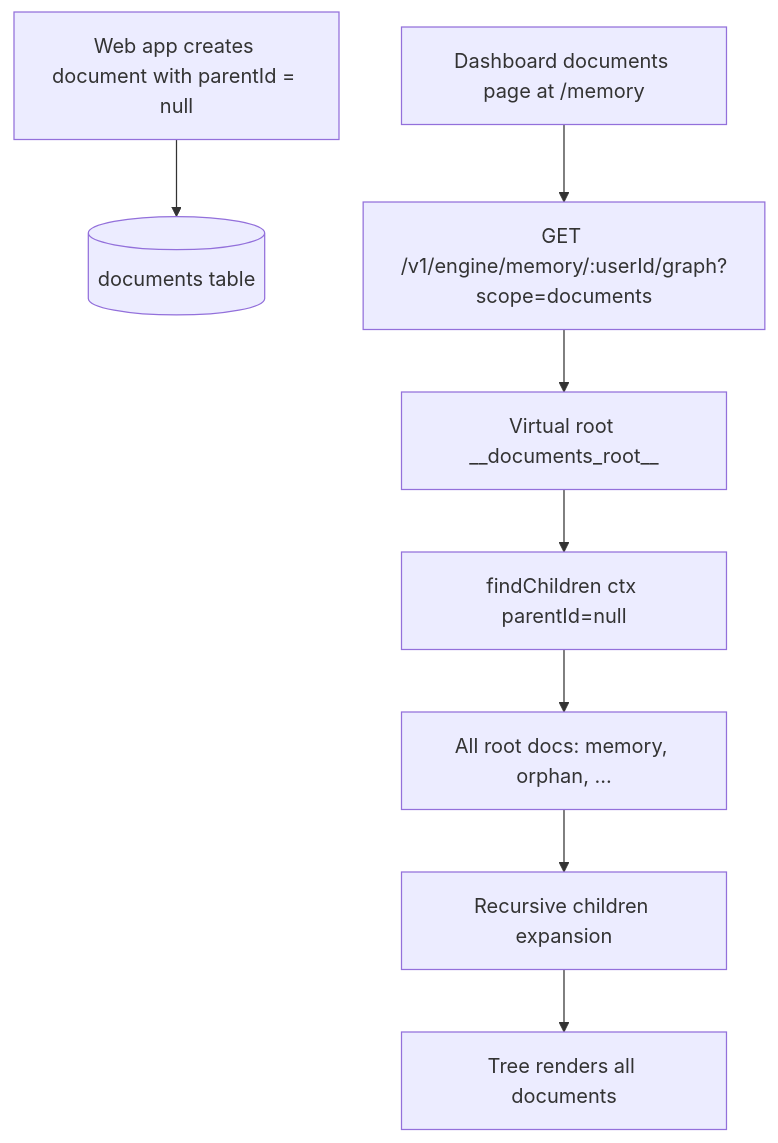
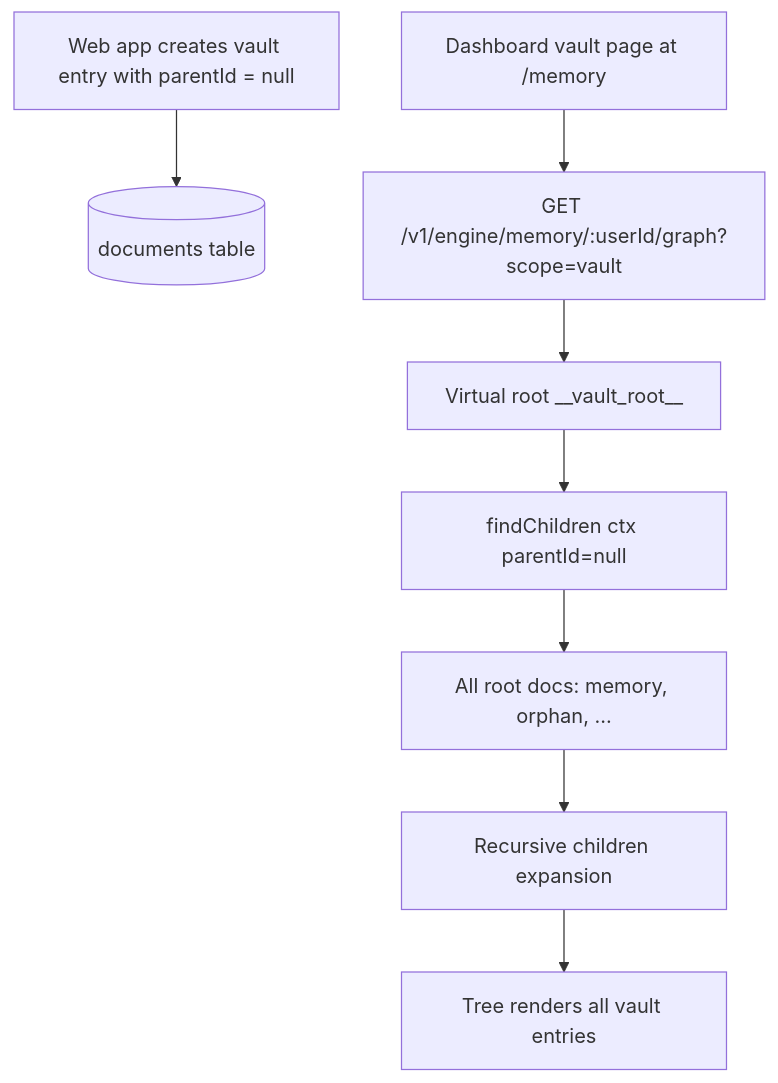
One commit to ex3ndr/daycare changed the diagram in doc/20260301-dashboard-documents-scope.md. Above: the diagram before and after it, drawn with Mermaid. The commit also changed other lines of this file and 112 other files, not shown here.

Commit message:
refactor: rename documents surface to vault

````diff
--- a/doc/20260301-dashboard-documents-scope.md
+++ b/doc/20260301-dashboard-documents-scope.md
@@ -16,10 +16,10 @@
 ```mermaid
 flowchart TD
-    A[Web app creates document with parentId = null] --> B[(documents table)]
-    C[Dashboard documents page at /memory] --> D[GET /v1/engine/memory/:userId/graph?scope=documents]
-    D --> E[Virtual root __documents_root__]
+    A[Web app creates vault entry with parentId = null] --> B[(documents table)]
+    C[Dashboard vault page at /memory] --> D[GET /v1/engine/memory/:userId/graph?scope=vault]
+    D --> E[Virtual root __vault_root__]
     E --> F[findChildren ctx parentId=null]
     F --> G[All root docs: memory, orphan, ...]
     G --> H[Recursive children expansion]
-    H --> I[Tree renders all documents]
+    H --> I[Tree renders all vault entries]
 ```
````
